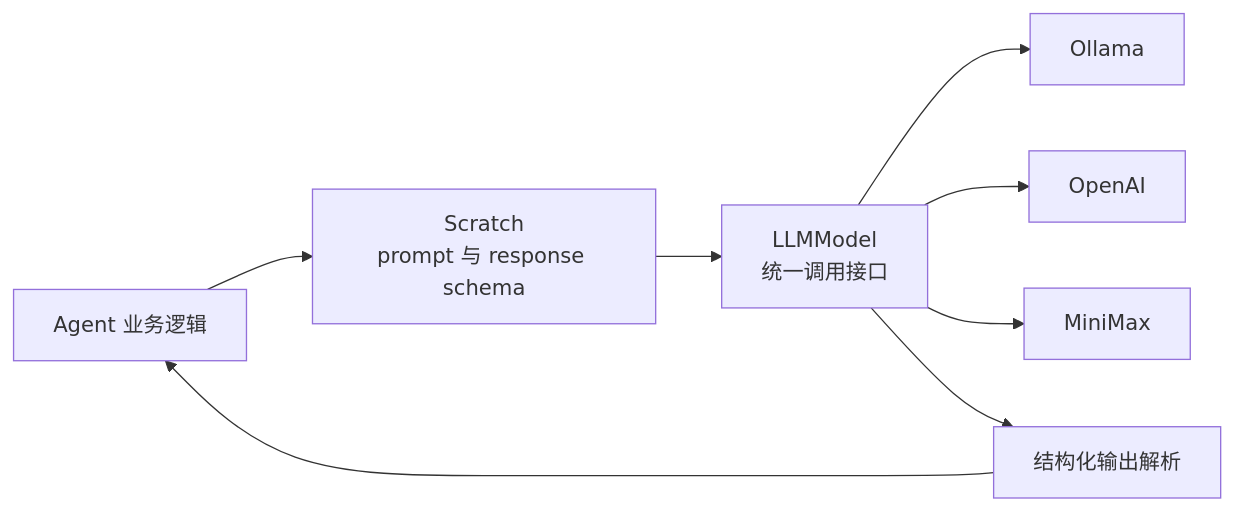
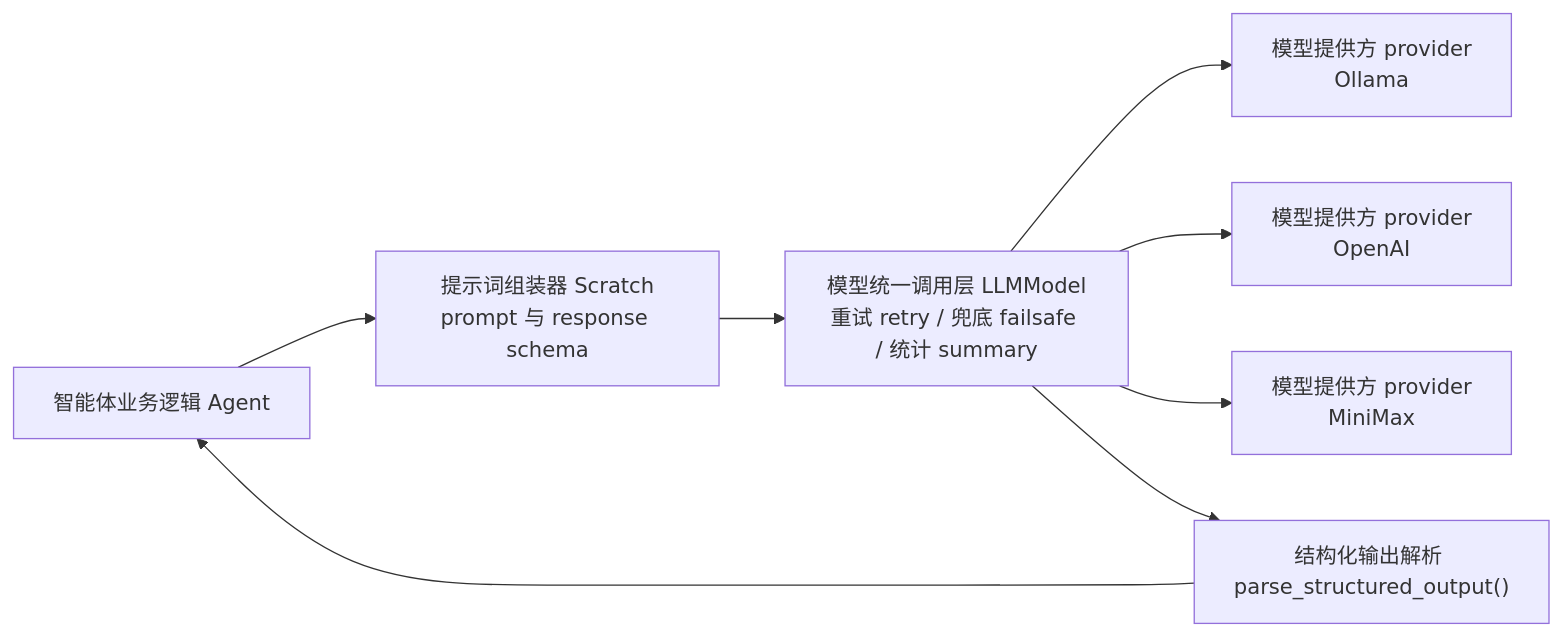
The diagram in docs/book/manuscript/part_03/chapter_22.md (tbkken/GenerativeAgentsCN), drawn with Mermaid before and after one commit. The commit also changed other lines of this file and 33 other files, not shown here.

````diff
--- a/docs/book/manuscript/part_03/chapter_22.md
+++ b/docs/book/manuscript/part_03/chapter_22.md
@@ -35,10 +35,10 @@
 ```mermaid
 flowchart LR
-    Agent["Agent 业务逻辑"] --> Scratch["Scratch<br/>prompt 与 response schema"]
-    Scratch --> LLMModel["LLMModel<br/>统一调用接口"]
-    LLMModel --> Ollama["Ollama"]
-    LLMModel --> OpenAI["OpenAI"]
-    LLMModel --> MiniMax["MiniMax"]
-    LLMModel --> Parser["结构化输出解析"]
+    Agent["智能体业务逻辑 Agent"] --> Scratch["提示词组装器 Scratch<br/>prompt 与 response schema"]
+    Scratch --> LLMModel["模型统一调用层 LLMModel<br/>重试 retry / 兜底 failsafe / 统计 summary"]
+    LLMModel --> Ollama["模型提供方 provider<br/>Ollama"]
+    LLMModel --> OpenAI["模型提供方 provider<br/>OpenAI"]
+    LLMModel --> MiniMax["模型提供方 provider<br/>MiniMax"]
+    LLMModel --> Parser["结构化输出解析 parse_structured_output()"]
     Parser --> Agent
 ```
````
